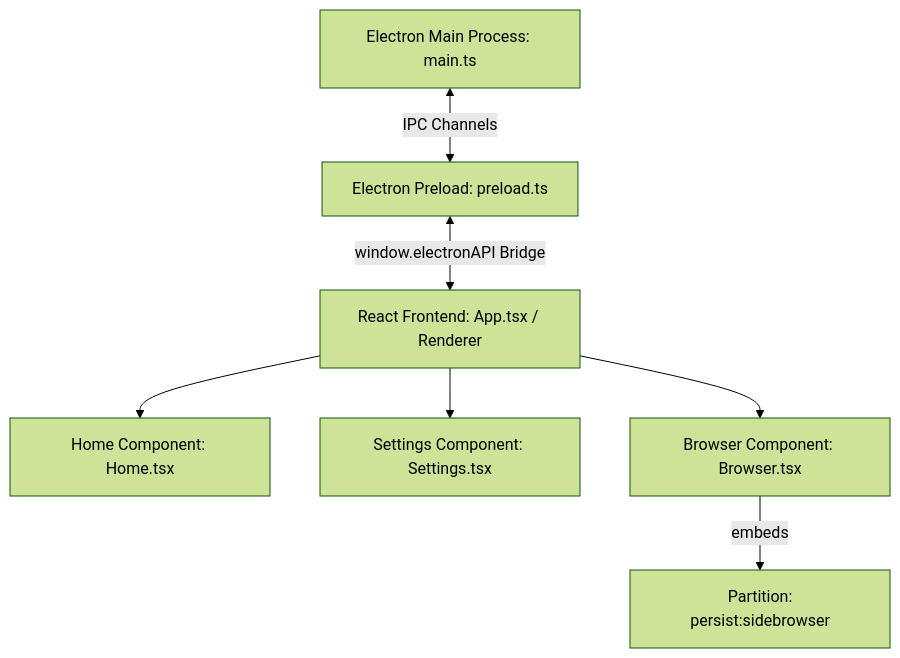
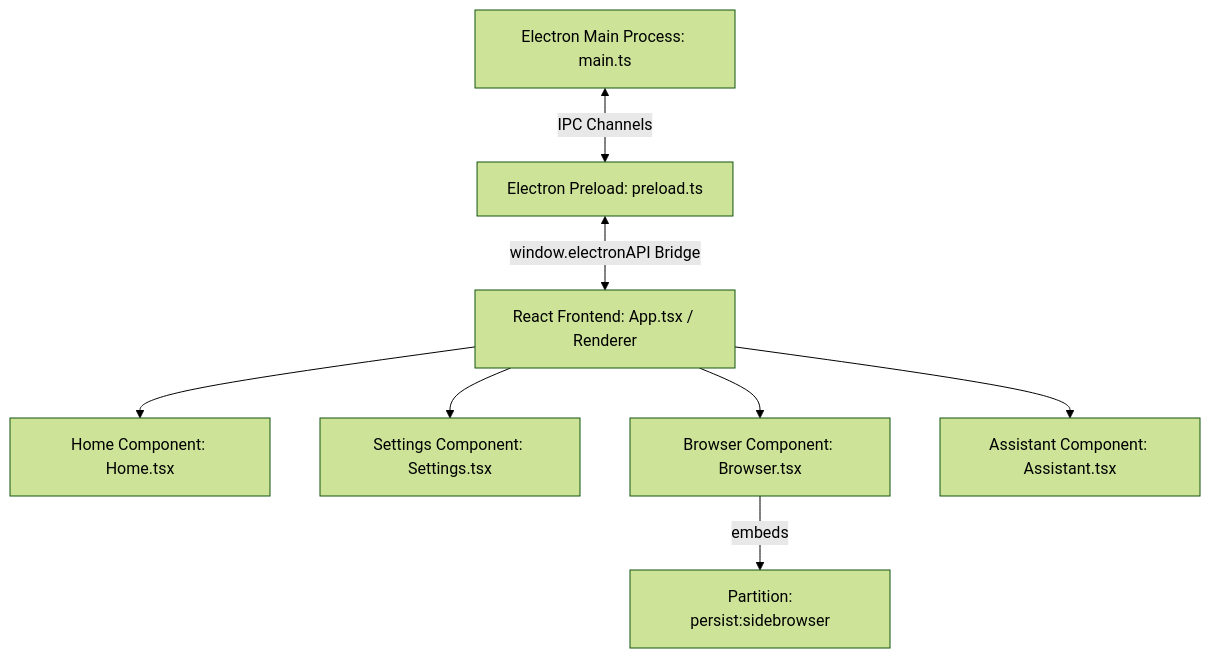
Before and after one commit to kionit-labs/SideBrowser: the diagram in .llmwiki.md, drawn with Mermaid (forest theme). The commit also changed other lines of this file and 2 other files, not shown here.

Commit message:
docs: update llmwiki, dependency graph, and readme for v3.0.0 AI integration

````diff
--- a/.llmwiki.md
+++ b/.llmwiki.md
@@ -11,9 +11,10 @@
 ```mermaid
 graph TD
     A[Electron Main Process: main.ts] <-->|IPC Channels| B[Electron Preload: preload.ts]
     B <-->|window.electronAPI Bridge| C[React Frontend: App.tsx / Renderer]
     C --> D[Home Component: Home.tsx]
     C --> E[Settings Component: Settings.tsx]
     C --> F[Browser Component: Browser.tsx]
+    C --> H[Assistant Component: Assistant.tsx]
     F -->|embeds| G[<webview> Partition: persist:sidebrowser]
 ```
````
